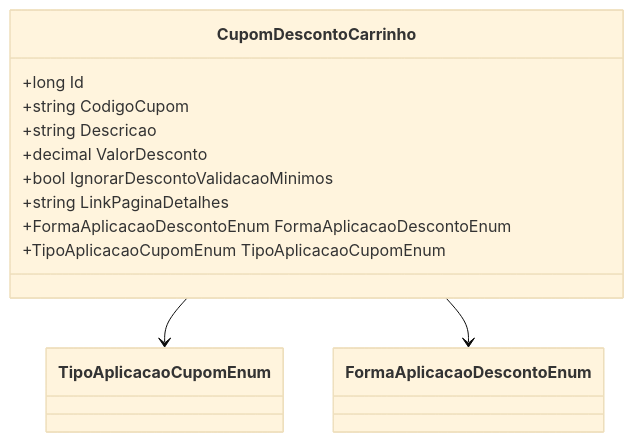
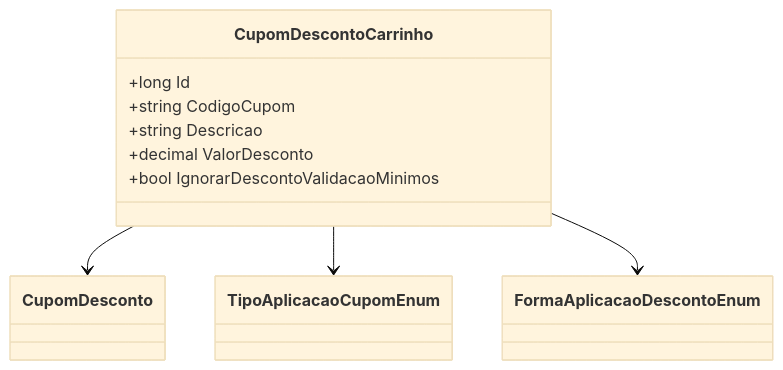
The second of 2 diagrams in docs/b2b-dominio/IsthmusWinthor.Nucleo/IsthmusWinthor.Dominio/POCO/Carrinho/CupomDescontoCarrinho.md (IsthmusSistemas/documentacao-tecnica), drawn with Mermaid (base theme) before and after one commit. The commit also changed other lines of this file and 882 other files, not shown here.

````diff
--- a/docs/b2b-dominio/IsthmusWinthor.Nucleo/IsthmusWinthor.Dominio/POCO/Carrinho/CupomDescontoCarrinho.md
+++ b/docs/b2b-dominio/IsthmusWinthor.Nucleo/IsthmusWinthor.Dominio/POCO/Carrinho/CupomDescontoCarrinho.md
@@ -22,15 +44,14 @@
 ```mermaid
 classDiagram
     class CupomDescontoCarrinho {
         +long Id
         +string CodigoCupom
         +string Descricao
         +decimal ValorDesconto
         +bool IgnorarDescontoValidacaoMinimos
-        +string LinkPaginaDetalhes
-        +FormaAplicacaoDescontoEnum FormaAplicacaoDescontoEnum
-        +TipoAplicacaoCupomEnum TipoAplicacaoCupomEnum
     }
+
+    CupomDescontoCarrinho --> CupomDesconto
     CupomDescontoCarrinho --> TipoAplicacaoCupomEnum
     CupomDescontoCarrinho --> FormaAplicacaoDescontoEnum
 ``` 
````
